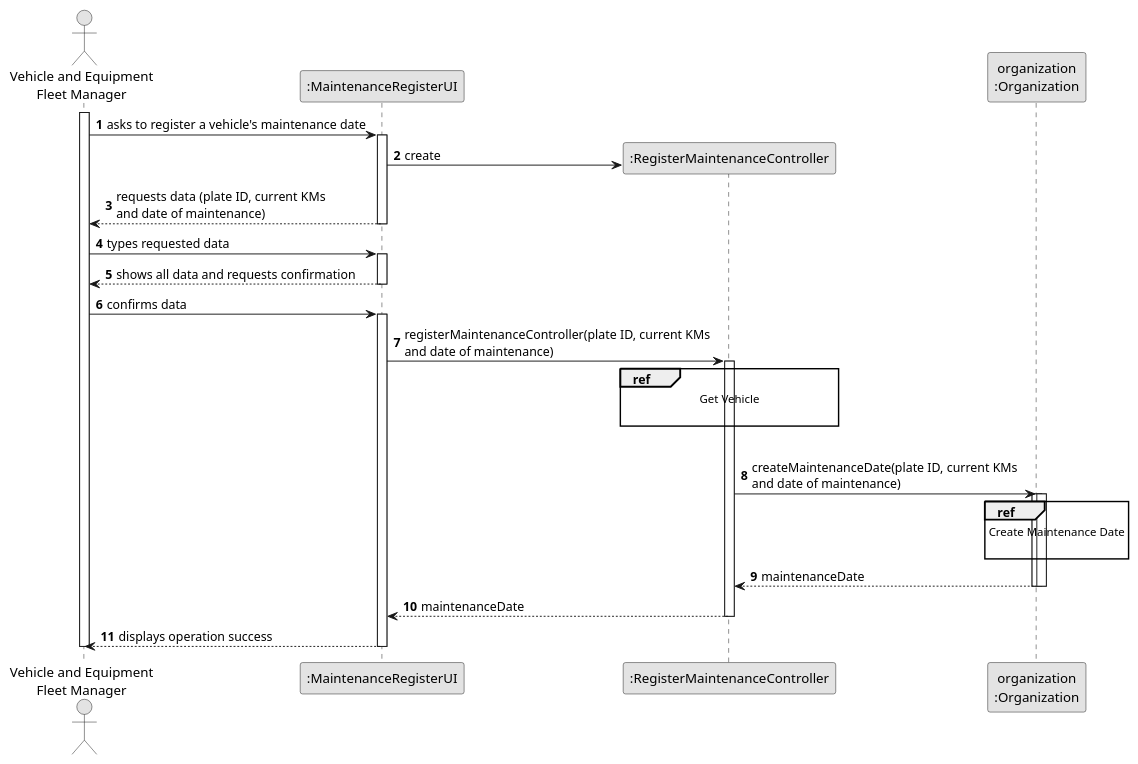
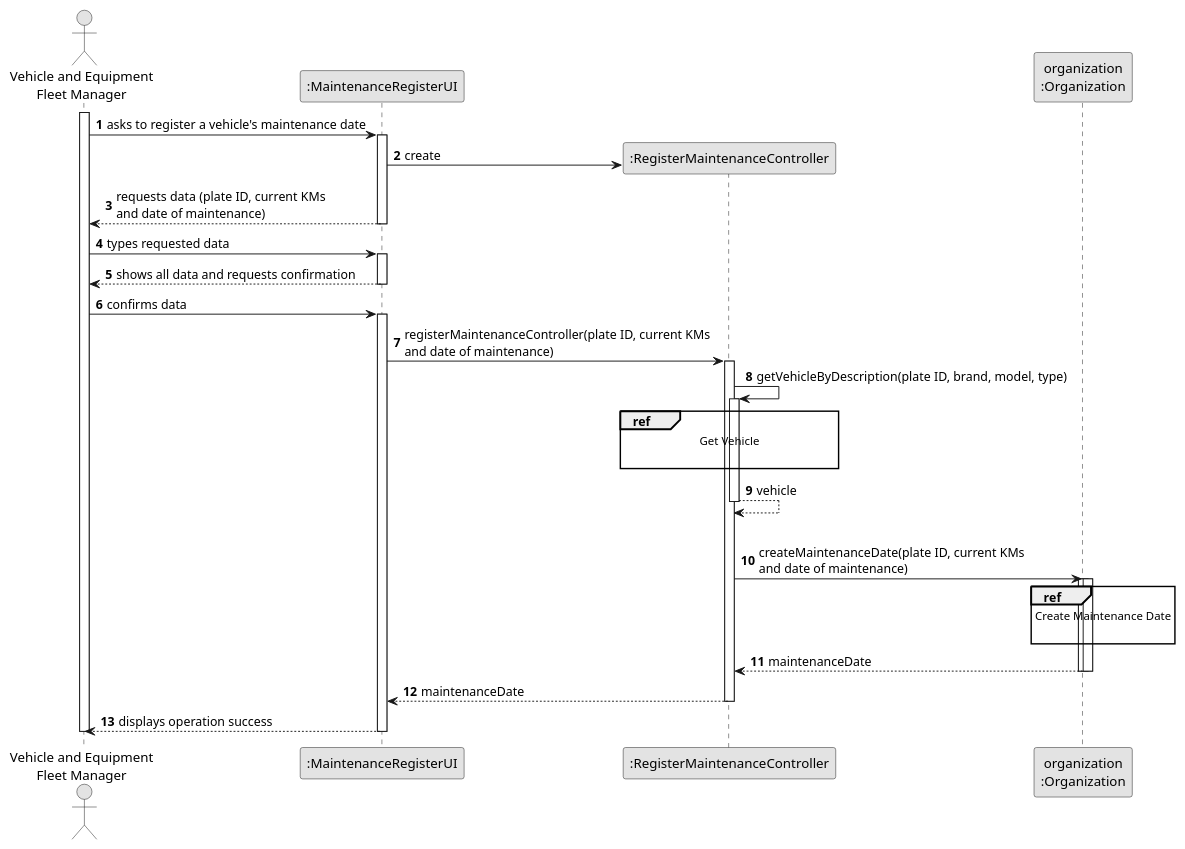
Before and after one commit to tiagosoa/lei-24-s2-1dgh-g073: the diagram in docs/sprint2/us007/03.design/puml/us007-sequence-diagram-split.puml, drawn with PlantUML. The commit also changed 8 other files, not shown here.

Commit message:
actualization designed and done de partial sequence diagram createMaintenanceDate of US007

```diff
--- a/docs/sprint2/us007/03.design/puml/us007-sequence-diagram-split.puml
+++ b/docs/sprint2/us007/03.design/puml/us007-sequence-diagram-split.puml
@@ -2,70 +2,75 @@
 @startuml
 skinparam monochrome true
 skinparam packageStyle rectangle
 skinparam shadowing false
 
 autonumber
 
 'hide footbox
 actor "Vehicle and Equipment\nFleet Manager" as VEFL
 participant ":MaintenanceRegisterUI" as UI
 participant ":RegisterMaintenanceController" as RMC
 participant "organization\n:Organization" as ORG
 
 activate VEFL
 
         VEFL -> UI : asks to register a vehicle's maintenance date
 
         activate UI
 
 '            UI --> ADM : requests data (reference, description,  informal \n description, technical description, duration, cost)
             'create CTRL
             UI -> RMC** : create
 
 
 
             UI --> VEFL : requests data (plate ID, current KMs \nand date of maintenance)
         deactivate UI
 
     VEFL -> UI : types requested data
     activate UI
 
         UI --> VEFL : shows all data and requests confirmation
     deactivate UI
 
     VEFL -> UI : confirms data
     activate UI
 
         UI -> RMC : registerMaintenanceController(plate ID, current KMs \nand date of maintenance)
         activate RMC
 
+            RMC -> RMC : getVehicleByDescription(plate ID, brand, model, type)
+            activate RMC
                      ref over RMC
                         Get Vehicle
 
                      end
+
+               RMC-->RMC : vehicle
+            deactivate RMC
 
             |||
             RMC -> ORG: createMaintenanceDate(plate ID, current KMs \nand date of maintenance)
             activate ORG
 
                activate ORG
 
                                ref over ORG
                                    Create Maintenance Date
 
                                end
 
                                ORG --> RMC : maintenanceDate
                deactivate ORG
 
 
             deactivate ORG
 
             RMC --> UI: maintenanceDate
             deactivate RMC
             UI --> VEFL: displays operation success
     deactivate UI
 
 deactivate VEFL
 
 @enduml
```
